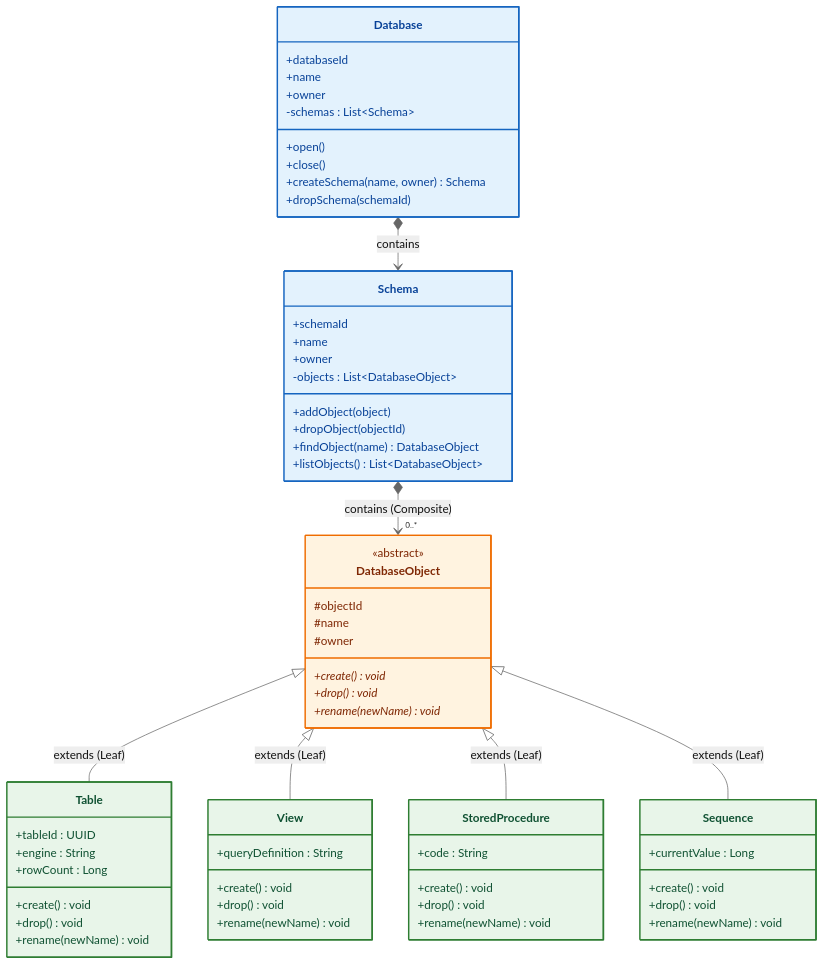
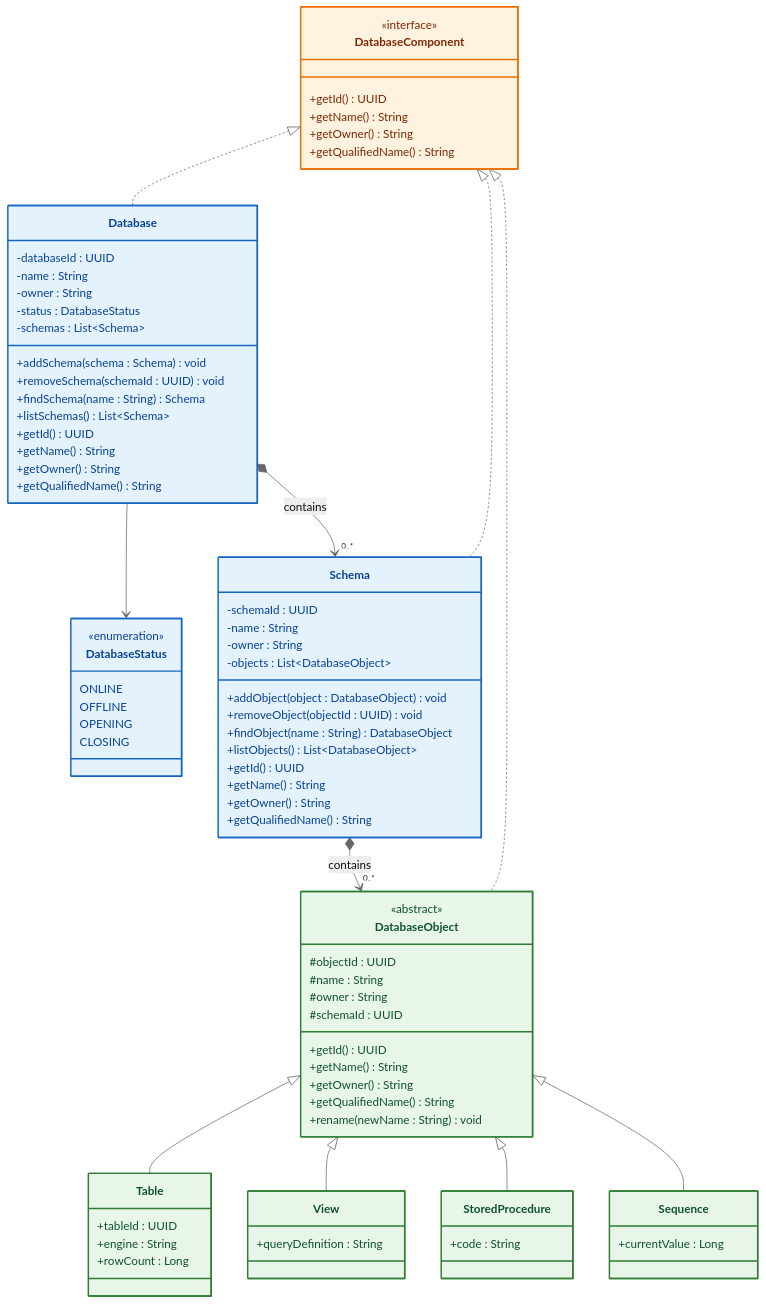
The first of 12 diagrams in docs/pattern/design-pattern.md (Huy1801214/dbms-architecture), drawn with Mermaid (neutral theme) before and after one commit. The commit also changed other lines of this file and 6 other files, not shown here.

Commit message:
implement Database Object Hierarchy and Lifecycle Management using Composite Pattern

```diff
--- a/docs/pattern/design-pattern.md
+++ b/docs/pattern/design-pattern.md
@@ -24,91 +24,140 @@
 direction TB
 
 %% =====================================================
-%% Composite Containers
+%% Composite Pattern - Database Catalog Structure
+%% =====================================================
+
+class DatabaseComponent {
+    <<interface>>
+
+    +getId() UUID
+    +getName() String
+    +getOwner() String
+    +getQualifiedName() String
+}
+
+%% =====================================================
+%% Composite: Database
 %% =====================================================
 
 class Database {
-    +databaseId
-    +name
-    +owner
+    -databaseId : UUID
+    -name : String
+    -owner : String
+    -status : DatabaseStatus
     -schemas : List~Schema~
-    +open()
-    +close()
-    +createSchema(name, owner) Schema
-    +dropSchema(schemaId)
+
+    +addSchema(schema : Schema) void
+    +removeSchema(schemaId : UUID) void
+    +findSchema(name : String) Schema
+    +listSchemas() List~Schema~
+
+    +getId() UUID
+    +getName() String
+    +getOwner() String
+    +getQualifiedName() String
 }
 
-class Schema {
-    +schemaId
-    +name
-    +owner
-    -objects : List~DatabaseObject~
-    +addObject(object)
-    +dropObject(objectId)
-    +findObject(name) DatabaseObject
-    +listObjects() List~DatabaseObject~
+class DatabaseStatus {
+    <<enumeration>>
+
+    ONLINE
+    OFFLINE
+    OPENING
+    CLOSING
 }
 
-%% Component Interface / Base Class
+%% =====================================================
+%% Composite: Schema
+%% =====================================================
+
+class Schema {
+    -schemaId : UUID
+    -name : String
+    -owner : String
+    -objects : List~DatabaseObject~
+
+    +addObject(object : DatabaseObject) void
+    +removeObject(objectId : UUID) void
+    +findObject(name : String) DatabaseObject
+    +listObjects() List~DatabaseObject~
+
+    +getId() UUID
+    +getName() String
+    +getOwner() String
+    +getQualifiedName() String
+}
+
+%% =====================================================
+%% Abstract Leaf
+%% =====================================================
+
 class DatabaseObject {
     <<abstract>>
-    #objectId
-    #name
-    #owner
-    +create()* void
-    +drop()* void
-    +rename(newName)* void
+
+    #objectId : UUID
+    #name : String
+    #owner : String
+    #schemaId : UUID
+
+    +getId() UUID
+    +getName() String
+    +getOwner() String
+    +getQualifiedName() String
+    +rename(newName : String) void
 }
 
-%% Leaf Components
+%% =====================================================
+%% Concrete Leaves
+%% =====================================================
+
 class Table {
     +tableId : UUID
     +engine : String
     +rowCount : Long
-    +create() void
-    +drop() void
-    +rename(newName) void
 }
 
 class View {
     +queryDefinition : String
-    +create() void
-    +drop() void
-    +rename(newName) void
 }
 
 class StoredProcedure {
     +code : String
-    +create() void
-    +drop() void
-    +rename(newName) void
 }
 
 class Sequence {
     +currentValue : Long
-    +create() void
-    +drop() void
-    +rename(newName) void
 }
 
-%% Relationships (Composite Pattern)
-Database *--> Schema : contains
-Schema *--> "0..*" DatabaseObject : contains (Composite)
+%% =====================================================
+%% Composite Relationships
+%% =====================================================
 
-DatabaseObject <|-- Table : extends (Leaf)
-DatabaseObject <|-- View : extends (Leaf)
-DatabaseObject <|-- StoredProcedure : extends (Leaf)
-DatabaseObject <|-- Sequence : extends (Leaf)
+DatabaseComponent <|.. Database
+DatabaseComponent <|.. Schema
+DatabaseComponent <|.. DatabaseObject
+
+DatabaseObject <|-- Table
+DatabaseObject <|-- View
+DatabaseObject <|-- StoredProcedure
+DatabaseObject <|-- Sequence
+
+Database *--> "0..*" Schema : contains
+Schema *--> "0..*" DatabaseObject : contains
+
+Database --> DatabaseStatus
 
 %% =====================================================
 %% Styling
 %% =====================================================
 
+style DatabaseComponent fill:#fff3e0,stroke:#ef6c00,stroke-width:2px,color:#7f2704
+
 style Database fill:#e3f2fd,stroke:#1565c0,stroke-width:2px,color:#084298
+style DatabaseStatus fill:#e3f2fd,stroke:#1565c0,stroke-width:2px,color:#084298
 style Schema fill:#e3f2fd,stroke:#1565c0,stroke-width:2px,color:#084298
 
-style DatabaseObject fill:#fff3e0,stroke:#ef6c00,stroke-width:2px,color:#7f2704
-
+style DatabaseObject fill:#e8f5e9,stroke:#2e7d32,stroke-width:2px,color:#0f5132
 style Table fill:#e8f5e9,stroke:#2e7d32,stroke-width:2px,color:#0f5132
 style View fill:#e8f5e9,stroke:#2e7d32,stroke-width:2px,color:#0f5132
 style StoredProcedure fill:#e8f5e9,stroke:#2e7d32,stroke-width:2px,color:#0f5132
```
